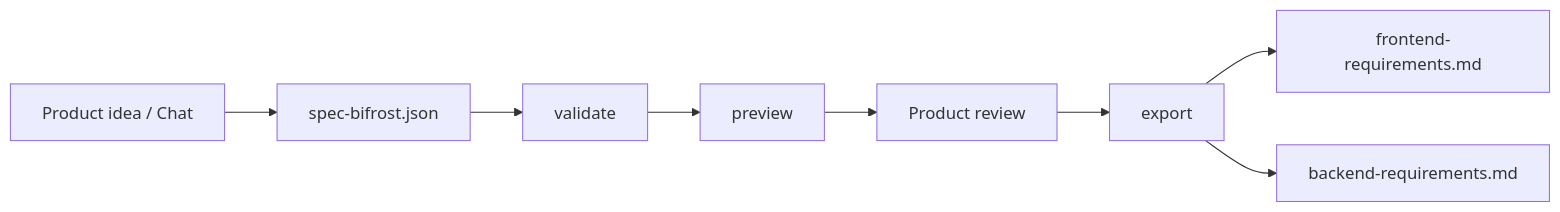
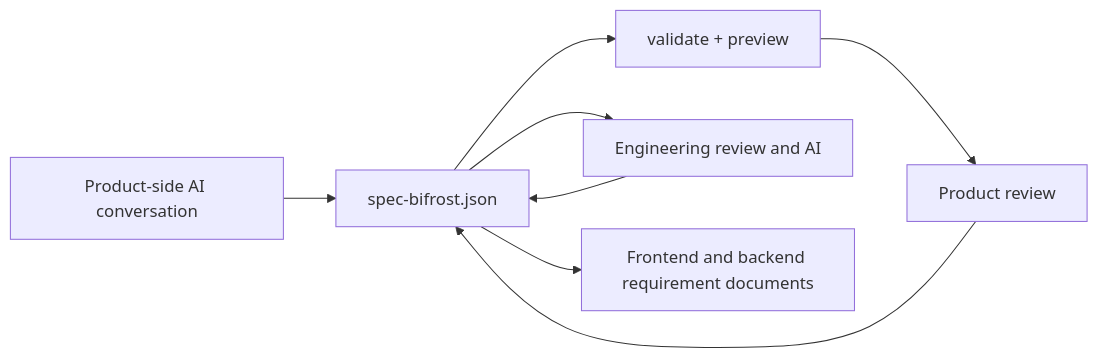
The diagram in README.en.md (Liiaming/spec-bifrost), drawn with Mermaid before and after one commit. The commit also changed other lines of this file and 2 other files, not shown here.

````diff
--- a/README.en.md
+++ b/README.en.md
@@ -48,10 +50,10 @@
 ```mermaid
 flowchart LR
-  A["Product idea / Chat"] --> B["spec-bifrost.json"]
-  B --> C["validate"]
-  C --> D["preview"]
-  D --> E["Product review"]
-  E --> F["export"]
-  F --> G["frontend-requirements.md"]
-  F --> H["backend-requirements.md"]
+  A["Product-side AI conversation"] --> B["spec-bifrost.json"]
+  B --> C["validate + preview"]
+  C --> D["Product review"]
+  D --> B
+  B --> E["Engineering review and AI"]
+  E --> B
+  B --> F["Frontend and backend requirement documents"]
 ```
````
